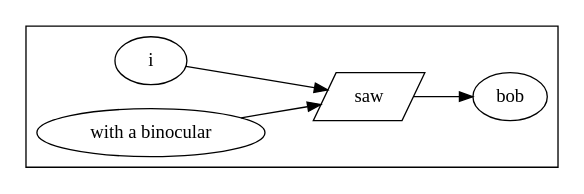
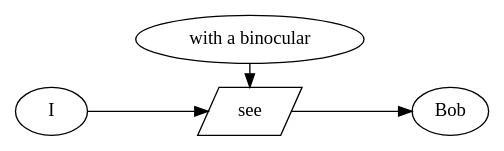
Before and after one commit to Mome/treepattern: the diagram in paper/images/step_example_2.dot, drawn with Graphviz. The commit also changed 8 other files, not shown here.

```diff
--- a/paper/images/step_example_2.dot
+++ b/paper/images/step_example_2.dot
@@ -1,13 +1,14 @@
 digraph{
 rankdir=LR
-compound=true
-subgraph cluster3011189452{
-  N3011211404 [ label="i", shape=ellipse ]
-  N3011211500 [ label="saw", shape=parallelogram ]
-  N3011211564 [ label="bob", shape=ellipse ]
-  N3011211596 [ label="with a binocular", shape=ellipse ]
-}
+
+{rank=same; N3011211500 N3011211596}
+
+N3011211404 [ label="I", shape=ellipse ]
+N3011211500 [ label="see", shape=parallelogram ]
+N3011211564 [ label="Bob", shape=ellipse ]
+N3011211596 [ label="with a binocular", shape=ellipse ]
+
 N3011211404 -> N3011211500
 N3011211500 -> N3011211564
 N3011211596 -> N3011211500
 }
```
